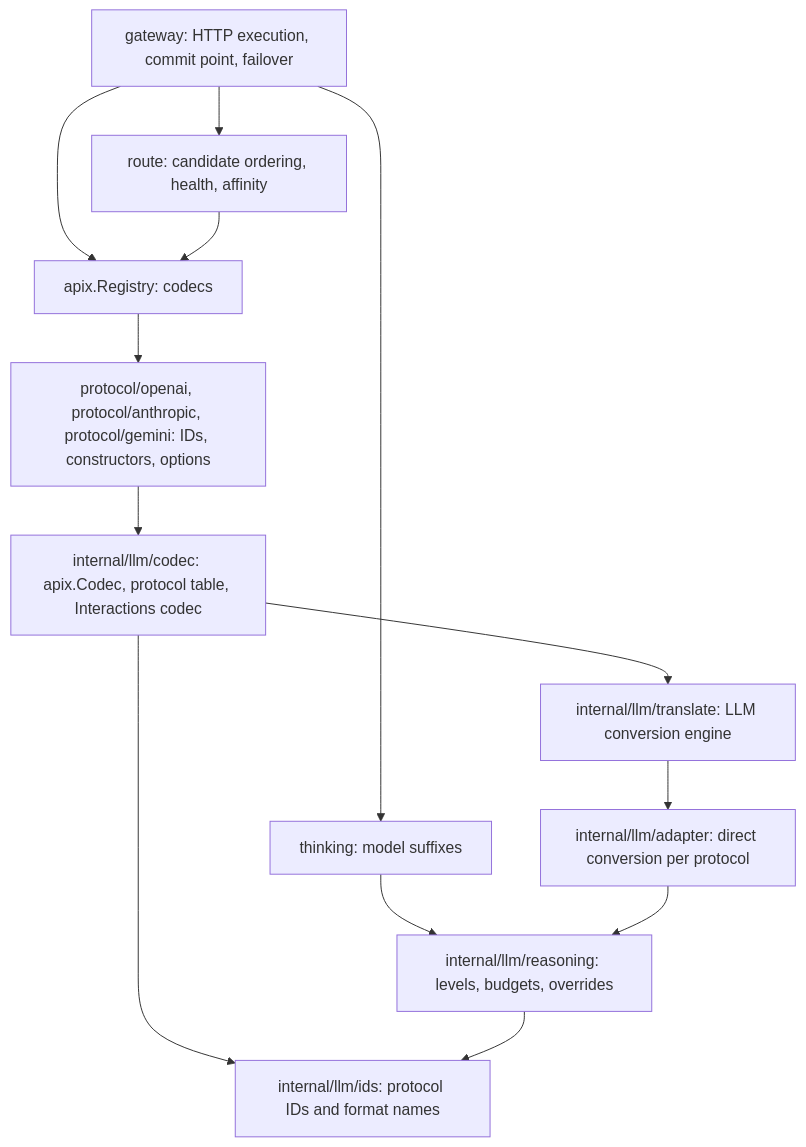
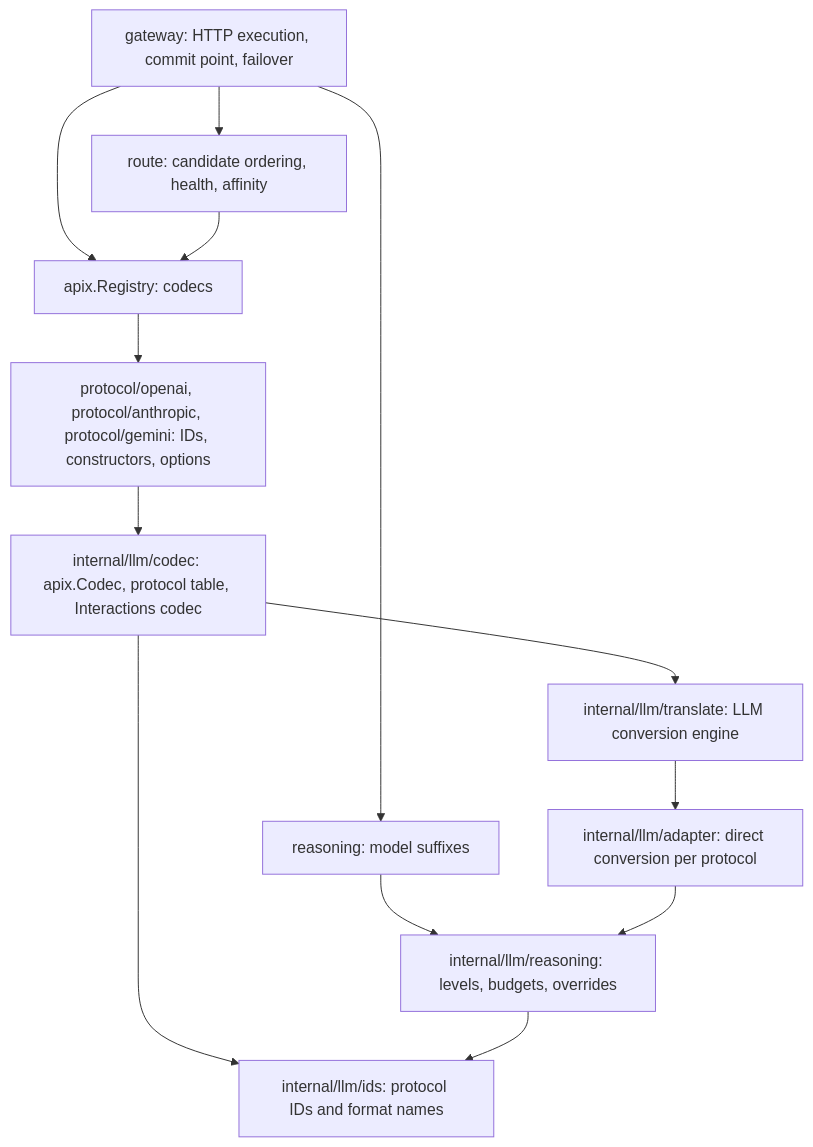
One commit to dillonzq/apix changed the diagram in docs/architecture.md. Above: the diagram before and after it, drawn with Mermaid. The commit also changed other lines of this file and 21 other files, not shown here.

First line of the commit message:
refactor!: rename thinking package to reasoning

````diff
--- a/docs/architecture.md
+++ b/docs/architecture.md
@@ -7,15 +7,15 @@
 ```mermaid
 flowchart TD
     GW[gateway: HTTP execution, commit point, failover] --> RT[route: candidate ordering, health, affinity]
     GW --> REG[apix.Registry: codecs]
-    GW --> TH[thinking: model suffixes]
+    GW --> TH[reasoning: model suffixes]
     RT --> REG
     REG --> VENDOR[protocol/openai, protocol/anthropic, protocol/gemini: IDs, constructors, options]
     VENDOR --> CODEC[internal/llm/codec: apix.Codec, protocol table, Interactions codec]
     TH --> RS
     CODEC --> ENGINE[internal/llm/translate: LLM conversion engine]
     ENGINE --> ADAPTERS[internal/llm/adapter: direct conversion per protocol]
     ADAPTERS --> RS[internal/llm/reasoning: levels, budgets, overrides]
     CODEC --> IDS[internal/llm/ids: protocol IDs and format names]
     RS --> IDS
 ```
````
